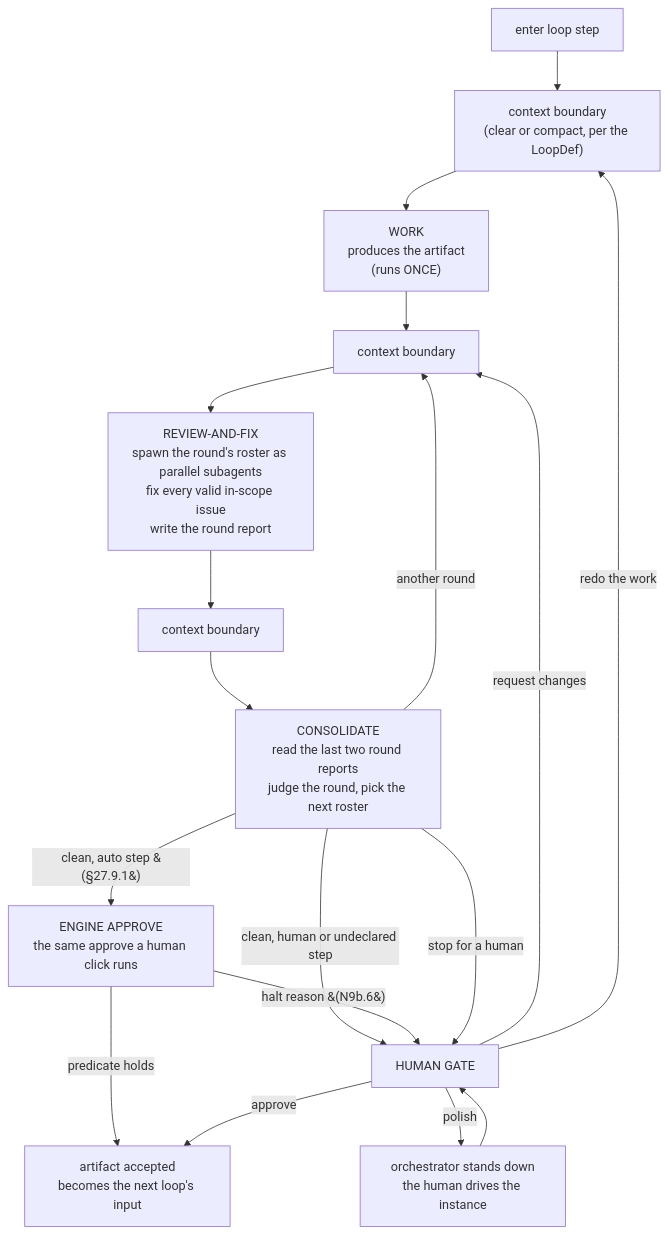
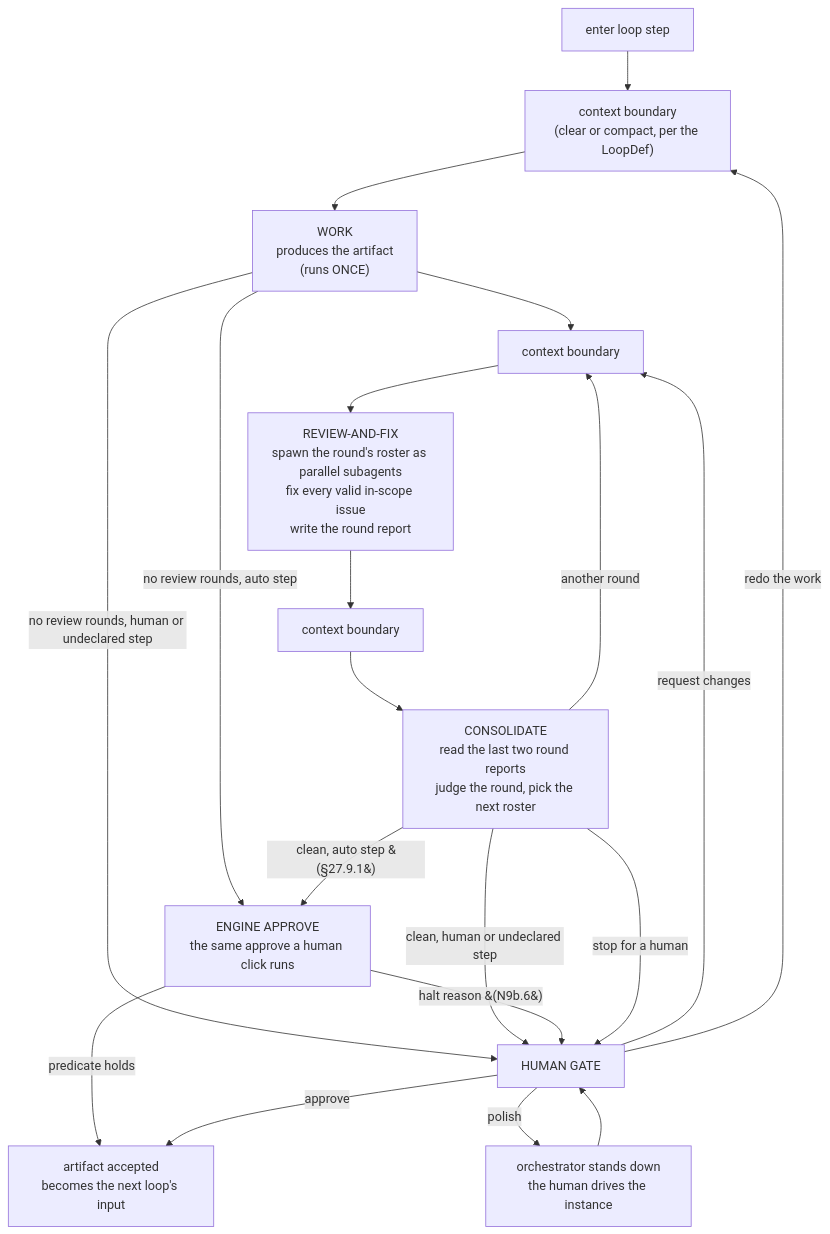
One commit to dylanb/agent-terminal changed the first of 3 diagrams in docs/spec/27-in-terminal-loop-engine-the-live-design.md. Above: the diagram before and after it, drawn with Mermaid. The commit also changed other lines of this file and 113 other files, not shown here.

````diff
--- a/docs/spec/27-in-terminal-loop-engine-the-live-design.md
+++ b/docs/spec/27-in-terminal-loop-engine-the-live-design.md
@@ -31,20 +31,22 @@
 ```mermaid
 flowchart TD
   START["enter loop step"] --> B0["context boundary<br/>(clear or compact, per the LoopDef)"]
   B0 --> WORK["WORK<br/>produces the artifact<br/>(runs ONCE)"]
   WORK --> B1["context boundary"]
+  WORK -->|"no review rounds, human or undeclared step"| GATE
+  WORK -->|"no review rounds, auto step"| ENGINE
   B1 --> RF["REVIEW-AND-FIX<br/>spawn the round's roster as parallel subagents<br/>fix every valid in-scope issue<br/>write the round report"]
   RF --> B2["context boundary"]
   B2 --> CONS["CONSOLIDATE<br/>read the last two round reports<br/>judge the round, pick the next roster"]
   CONS -->|"another round"| B1
   CONS -->|"clean, human or undeclared step"| GATE["HUMAN GATE"]
   CONS -->|"clean, auto step &#40;§27.9.1&#41;"| ENGINE["ENGINE APPROVE<br/>the same approve a human click runs"]
   ENGINE -->|"predicate holds"| DONE
   ENGINE -->|"halt reason &#40;N9b.6&#41;"| GATE
   CONS -->|"stop for a human"| GATE
   GATE -->|"request changes"| B1
   GATE -->|"redo the work"| B0
   GATE -->|"approve"| DONE["artifact accepted<br/>becomes the next loop's input"]
   GATE -->|"polish"| POLISH["orchestrator stands down<br/>the human drives the instance"]
   POLISH --> GATE
 ```
````
